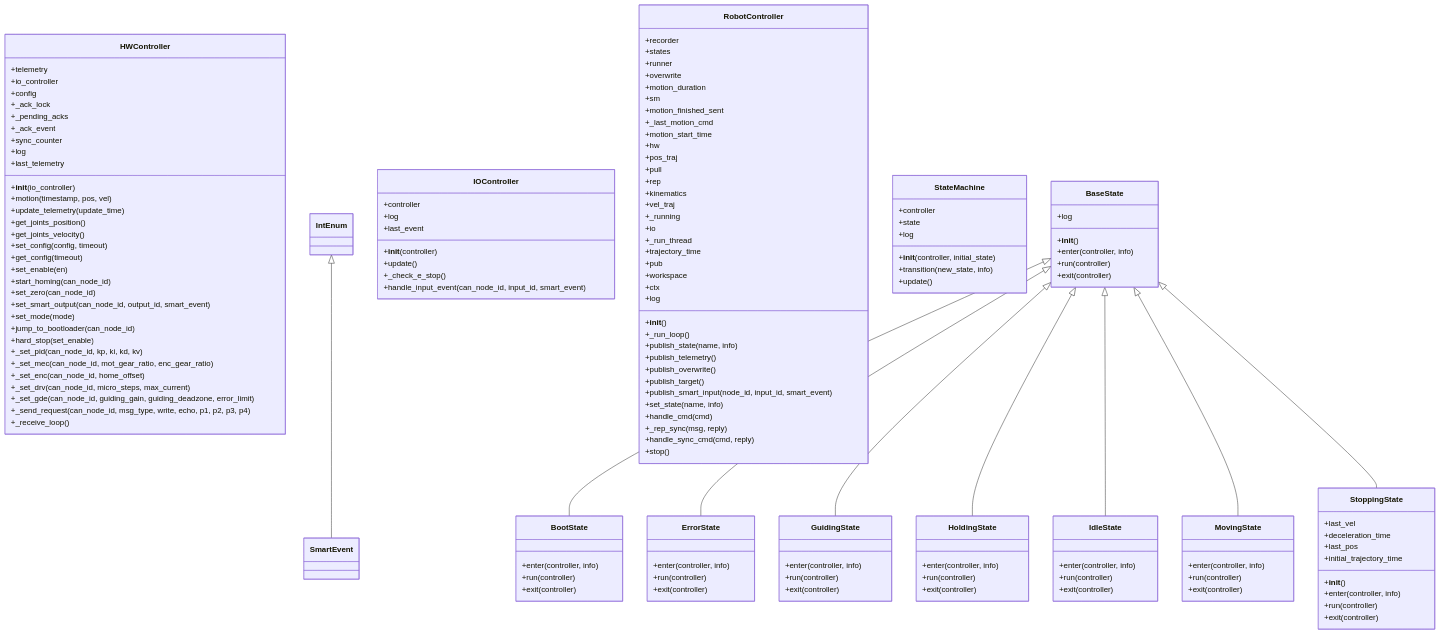
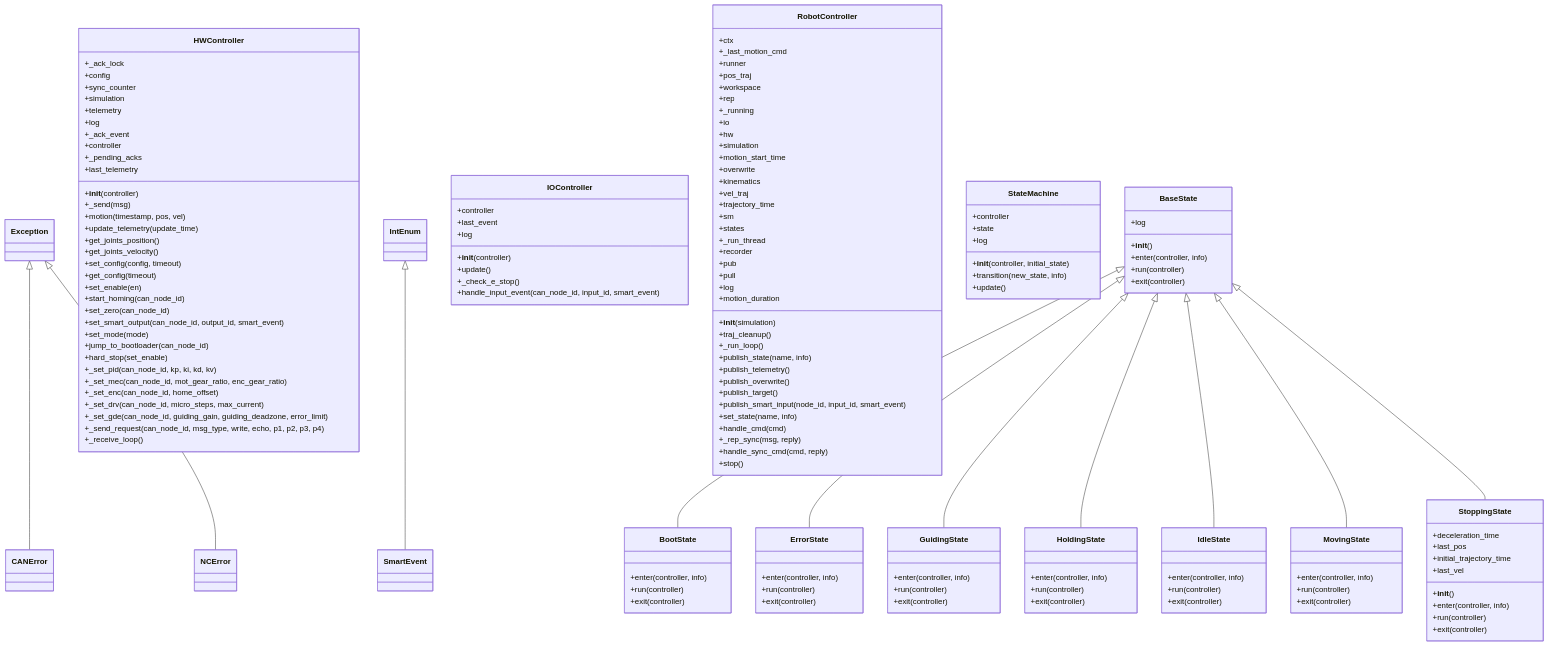
The diagram in docs/graphs/controller.md (VA-Mechatronics/KARL-Robot), drawn with Mermaid before and after one commit. The commit also changed 36 other files, not shown here.

````diff
--- a/docs/graphs/controller.md
+++ b/docs/graphs/controller.md
@@ -3,16 +3,21 @@
 ```mermaid
 classDiagram
+    class CANError {
+    }
+    Exception <|-- CANError
     class HWController {
+        +_ack_lock
+        +config
+        +sync_counter
+        +simulation
         +telemetry
-        +io_controller
-        +config
-        +_ack_lock
+        +log
+        +_ack_event
+        +controller
         +_pending_acks
-        +_ack_event
-        +sync_counter
-        +log
         +last_telemetry
-        +__init__(io_controller)
+        +__init__(controller)
+        +_send(msg)
         +motion(timestamp, pos, vel)
         +update_telemetry(update_time)
         +get_joints_position()
@@ -37,40 +42,44 @@
     class SmartEvent {
     }
     IntEnum <|-- SmartEvent
+    class NCError {
+    }
+    Exception <|-- NCError
     class IOController {
         +controller
+        +last_event
         +log
-        +last_event
         +__init__(controller)
         +update()
         +_check_e_stop()
         +handle_input_event(can_node_id, input_id, smart_event)
     }
     class RobotController {
-        +recorder
-        +states
+        +ctx
+        +_last_motion_cmd
         +runner
+        +pos_traj
+        +workspace
+        +rep
+        +_running
+        +io
+        +hw
+        +simulation
+        +motion_start_time
         +overwrite
-        +motion_duration
-        +sm
-        +motion_finished_sent
-        +_last_motion_cmd
-        +motion_start_time
-        +hw
-        +pos_traj
-        +pull
-        +rep
         +kinematics
         +vel_traj
-        +_running
-        +io
+        +trajectory_time
+        +sm
+        +states
         +_run_thread
-        +trajectory_time
+        +recorder
         +pub
-        +workspace
-        +ctx
+        +pull
         +log
-        +__init__()
+        +motion_duration
+        +__init__(simulation)
+        +traj_cleanup()
         +_run_loop()
         +publish_state(name, info)
         +publish_telemetry()
@@ -135,10 +144,10 @@
     }
     BaseState <|-- MovingState
     class StoppingState {
-        +last_vel
         +deceleration_time
         +last_pos
         +initial_trajectory_time
+        +last_vel
         +__init__()
         +enter(controller, info)
         +run(controller)
````
